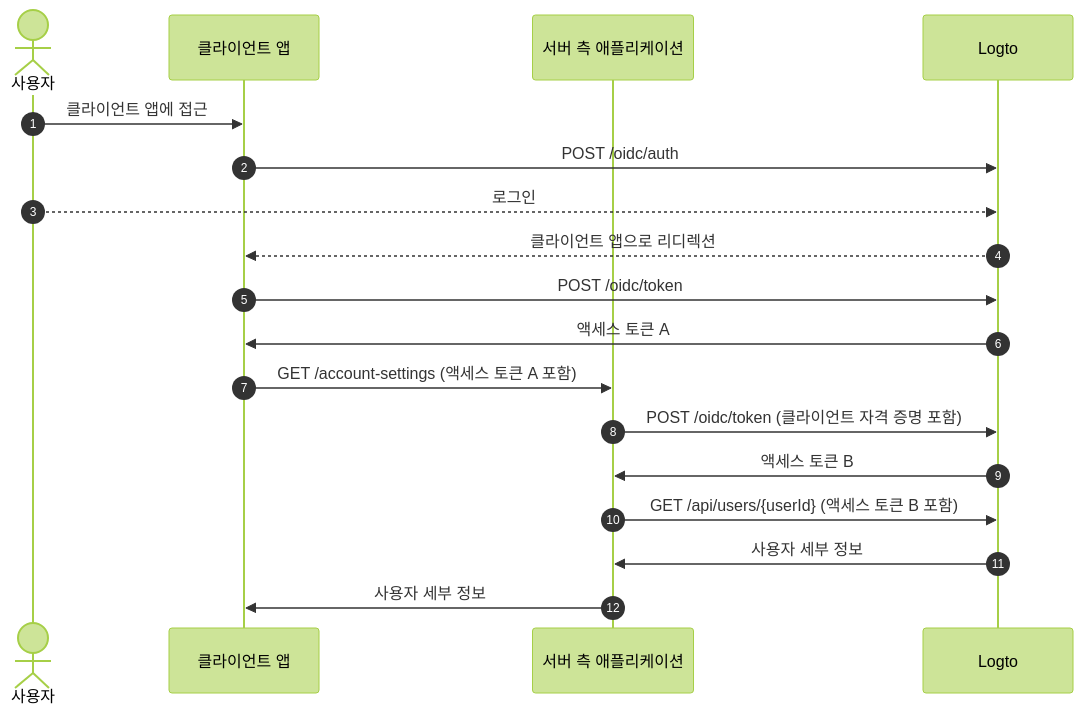
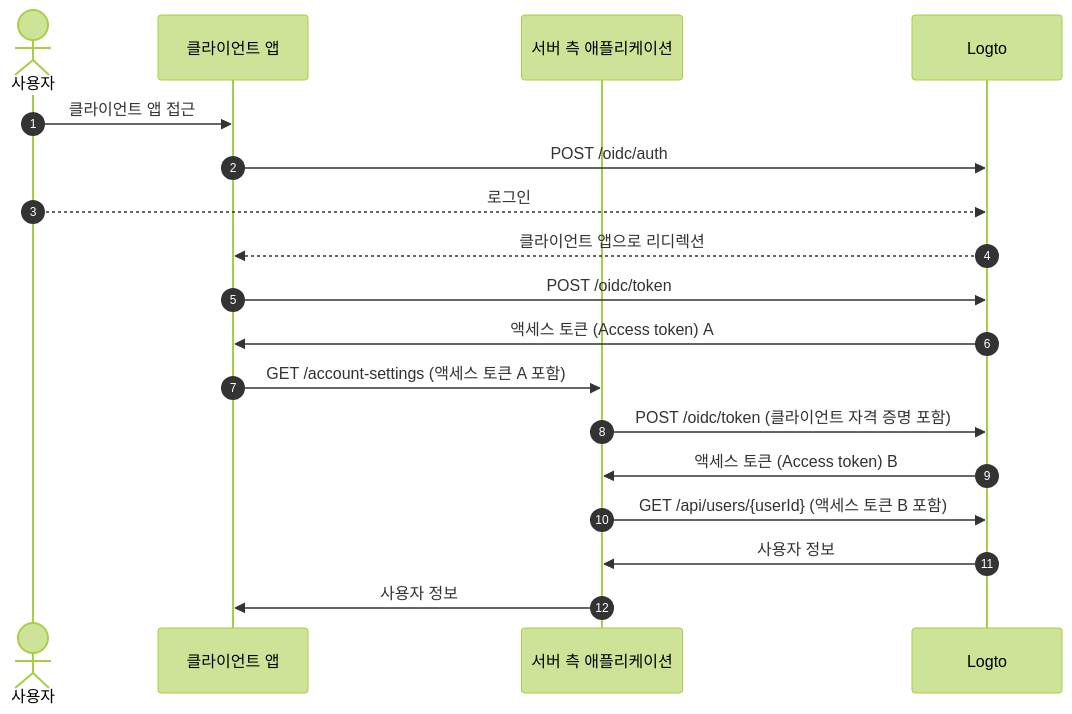
One commit to logto-io/docs changed the second of 3 diagrams in i18n/ko/docusaurus-plugin-content-docs/current/end-user-flows/account-settings/by-management-api.mdx. Above: the diagram before and after it, drawn with Mermaid (forest theme). The commit also changed other lines of this file and 35 other files, not shown here.

````diff
--- a/i18n/ko/docusaurus-plugin-content-docs/current/end-user-flows/account-settings/by-management-api.mdx
+++ b/i18n/ko/docusaurus-plugin-content-docs/current/end-user-flows/account-settings/by-management-api.mdx
@@ -27,21 +27,21 @@
 ```mermaid
   sequenceDiagram
     autonumber
     actor User as 사용자
     participant Client as 클라이언트 앱
     participant Server as 서버 측 애플리케이션
     participant Logto as Logto
 
-    User ->> Client: 클라이언트 앱에 접근
+    User ->> Client: 클라이언트 앱 접근
     Client ->> Logto: POST /oidc/auth
     User -->> Logto: 로그인
     Logto -->> Client: 클라이언트 앱으로 리디렉션
     Client ->> Logto: POST /oidc/token
-    Logto ->> Client: 액세스 토큰 A
+    Logto ->> Client: 액세스 토큰 (Access token) A
     Client ->> Server: GET /account-settings (액세스 토큰 A 포함)
     Server ->> Logto: POST /oidc/token (클라이언트 자격 증명 포함)
-    Logto ->> Server: 액세스 토큰 B
+    Logto ->> Server: 액세스 토큰 (Access token) B
     Server ->> Logto: GET /api/users/{userId} (액세스 토큰 B 포함)
-    Logto ->> Server: 사용자 세부 정보
-    Server ->> Client: 사용자 세부 정보
+    Logto ->> Server: 사용자 정보
+    Server ->> Client: 사용자 정보
 ```
````
